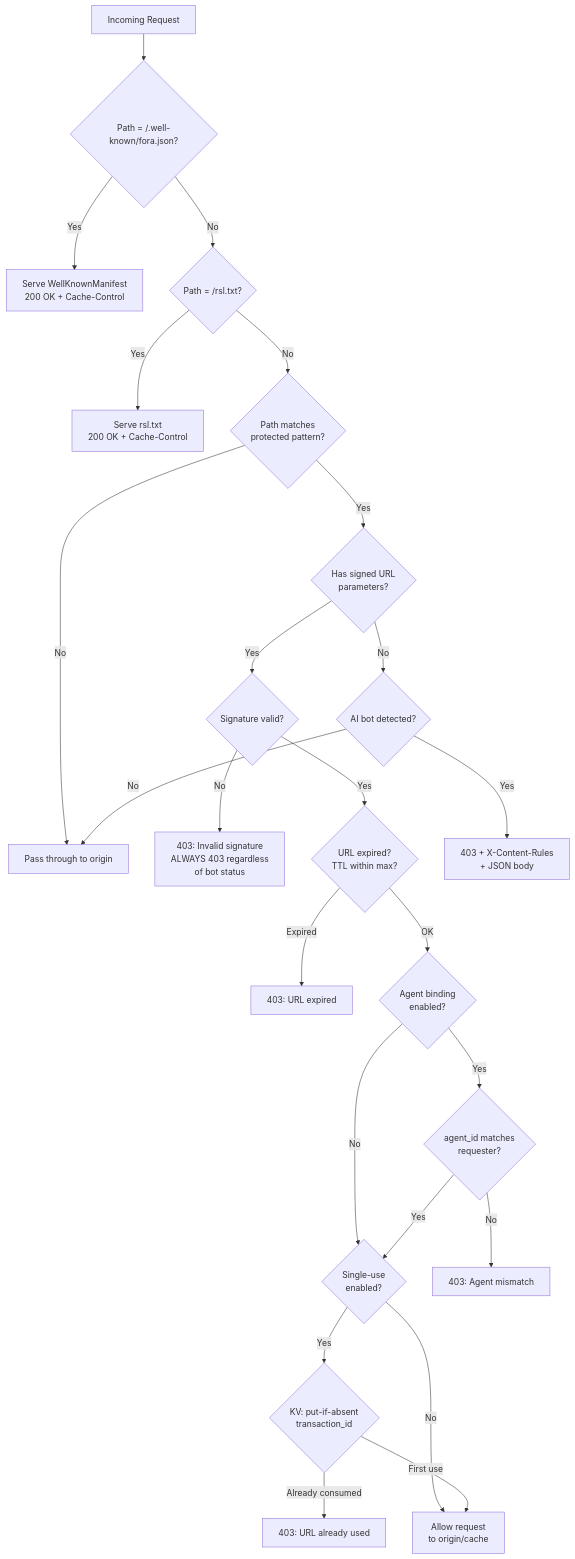
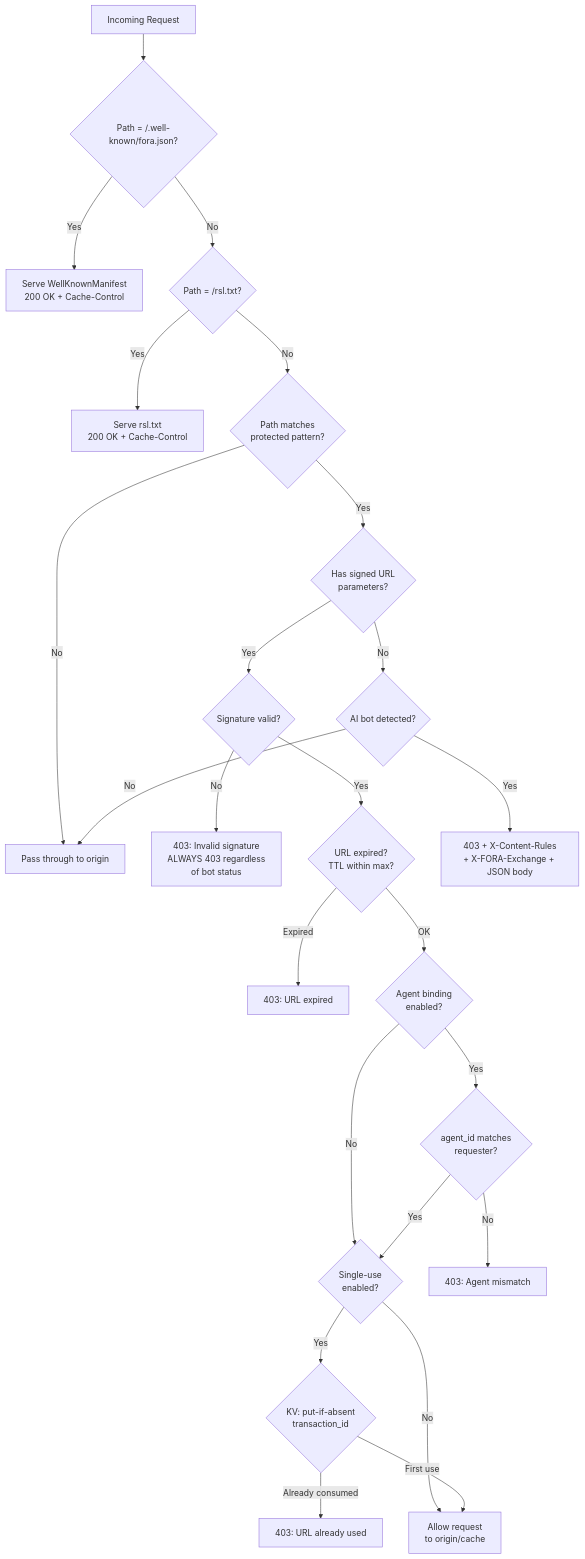
One commit to FORA-Protocol/protocol changed the diagram in website/src/content/docs/components/edge-function/overview.mdx. Above: the diagram before and after it, drawn with Mermaid. The commit also changed other lines of this file and 16 other files, not shown here.

````diff
--- a/website/src/content/docs/components/edge-function/overview.mdx
+++ b/website/src/content/docs/components/edge-function/overview.mdx
@@ -47,26 +47,26 @@
 ```mermaid
 flowchart TD
     REQ[Incoming Request] --> FORA_JSON{Path = /.well-known/fora.json?}
     FORA_JSON -->|Yes| SERVE_MANIFEST[Serve WellKnownManifest<br/>200 OK + Cache-Control]
     FORA_JSON -->|No| RSL_TXT{Path = /rsl.txt?}
     RSL_TXT -->|Yes| SERVE_RSL[Serve rsl.txt<br/>200 OK + Cache-Control]
     RSL_TXT -->|No| PROTECTED{Path matches<br/>protected pattern?}
     PROTECTED -->|No| PASSTHROUGH[Pass through to origin]
     PROTECTED -->|Yes| HAS_SIG{Has signed URL<br/>parameters?}
     HAS_SIG -->|Yes| VERIFY_SIG{Signature valid?}
     VERIFY_SIG -->|No| BLOCK_INVALID[403: Invalid signature<br/>ALWAYS 403 regardless<br/>of bot status]
     VERIFY_SIG -->|Yes| CHECK_EXPIRY{URL expired?<br/>TTL within max?}
     CHECK_EXPIRY -->|Expired| BLOCK_EXPIRED[403: URL expired]
     CHECK_EXPIRY -->|OK| CHECK_AGENT{Agent binding<br/>enabled?}
     CHECK_AGENT -->|Yes| VERIFY_AGENT{agent_id matches<br/>requester?}
     CHECK_AGENT -->|No| CHECK_SINGLE_USE
     VERIFY_AGENT -->|No| BLOCK_AGENT[403: Agent mismatch]
     VERIFY_AGENT -->|Yes| CHECK_SINGLE_USE{Single-use<br/>enabled?}
     CHECK_SINGLE_USE -->|Yes| KV_CHECK{KV: put-if-absent<br/>transaction_id}
     CHECK_SINGLE_USE -->|No| ALLOW[Allow request<br/>to origin/cache]
     KV_CHECK -->|Already consumed| BLOCK_REUSE[403: URL already used]
     KV_CHECK -->|First use| ALLOW
     HAS_SIG -->|No| IS_BOT{AI bot detected?}
-    IS_BOT -->|Yes| BLOCK_BOT[403 + X-Content-Rules<br/>+ JSON body]
+    IS_BOT -->|Yes| BLOCK_BOT[403 + X-Content-Rules<br/>+ X-FORA-Exchange + JSON body]
     IS_BOT -->|No| PASSTHROUGH
 ```
````
